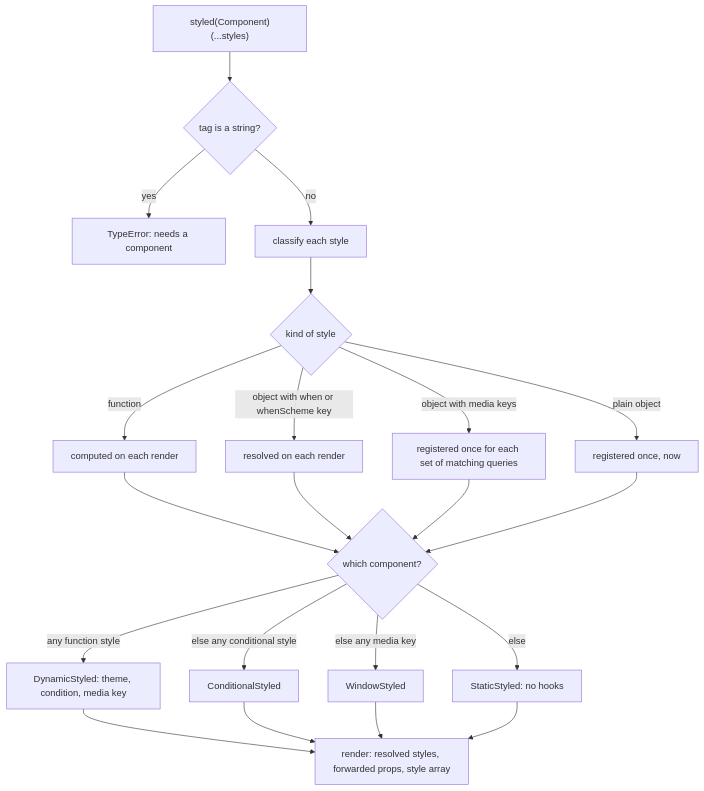
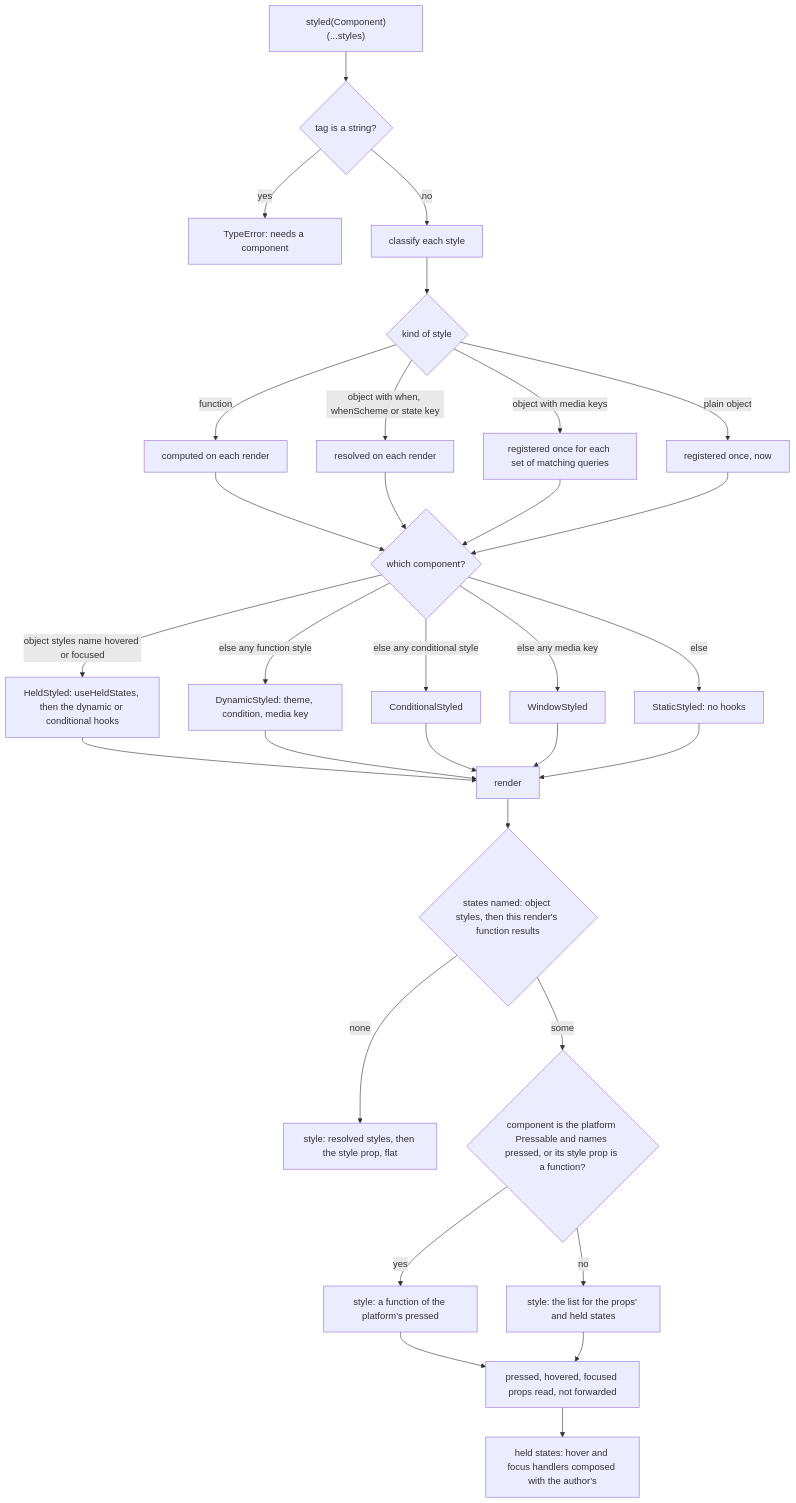
One commit to soroush-tech/umber-style changed the diagram in packages/react-native/src/styled.md. Above: the diagram before and after it, drawn with Mermaid. The commit also changed other lines of this file and 80 other files, not shown here.

Commit message:
feat: state keys for hovered, pressed, focused and disabled mean the same on the web and on React Native, and every package is at 0.4.0 - close #42

````diff
--- a/packages/react-native/src/styled.md
+++ b/packages/react-native/src/styled.md
@@ -18,23 +19,33 @@
 ```mermaid
 flowchart TD
   def["styled(Component)(...styles)"] --> tag{"tag is a string?"}
   tag -->|"yes"| throw["TypeError: needs a component"]
   tag -->|"no"| kinds["classify each style"]
   kinds --> k{"kind of style"}
   k -->|"function"| fn["computed on each render"]
-  k -->|"object with when or whenScheme key"| cond["resolved on each render"]
+  k -->|"object with when, whenScheme or state key"| cond["resolved on each render"]
   k -->|"object with media keys"| win["registered once for each set of matching queries"]
   k -->|"plain object"| fixed["registered once, now"]
   fn --> pick{"which component?"}
   cond --> pick
   win --> pick
   fixed --> pick
-  pick -->|"any function style"| dyn["DynamicStyled: theme, condition, media key"]
+  pick -->|"object styles name hovered or focused"| held["HeldStyled: useHeldStates, then the dynamic or conditional hooks"]
+  pick -->|"else any function style"| dyn["DynamicStyled: theme, condition, media key"]
   pick -->|"else any conditional style"| cnd["ConditionalStyled"]
   pick -->|"else any media key"| wnd["WindowStyled"]
   pick -->|"else"| stat["StaticStyled: no hooks"]
-  dyn --> render["render: resolved styles, forwarded props, style array"]
+  held --> render["render"]
+  dyn --> render
   cnd --> render
   wnd --> render
   stat --> render
+  render --> used{"states named: object styles, then this render's function results"}
+  used -->|"none"| arr["style: resolved styles, then the style prop, flat"]
+  used -->|"some"| pressable{"component is the platform Pressable and names pressed, or its style prop is a function?"}
+  pressable -->|"yes"| fnStyle["style: a function of the platform's pressed"]
+  pressable -->|"no"| stateArr["style: the list for the props' and held states"]
+  fnStyle --> consume["pressed, hovered, focused props read, not forwarded"]
+  stateArr --> consume
+  consume --> handlersNode["held states: hover and focus handlers composed with the author's"]
 ```
````
